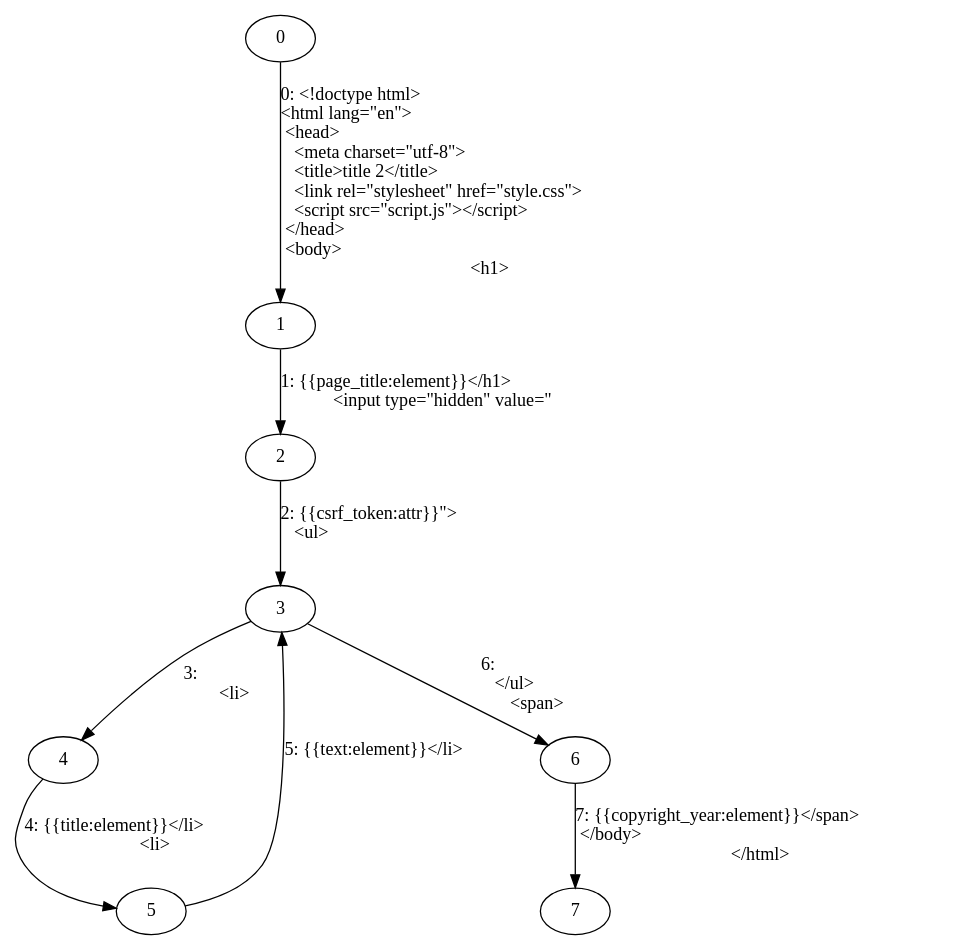
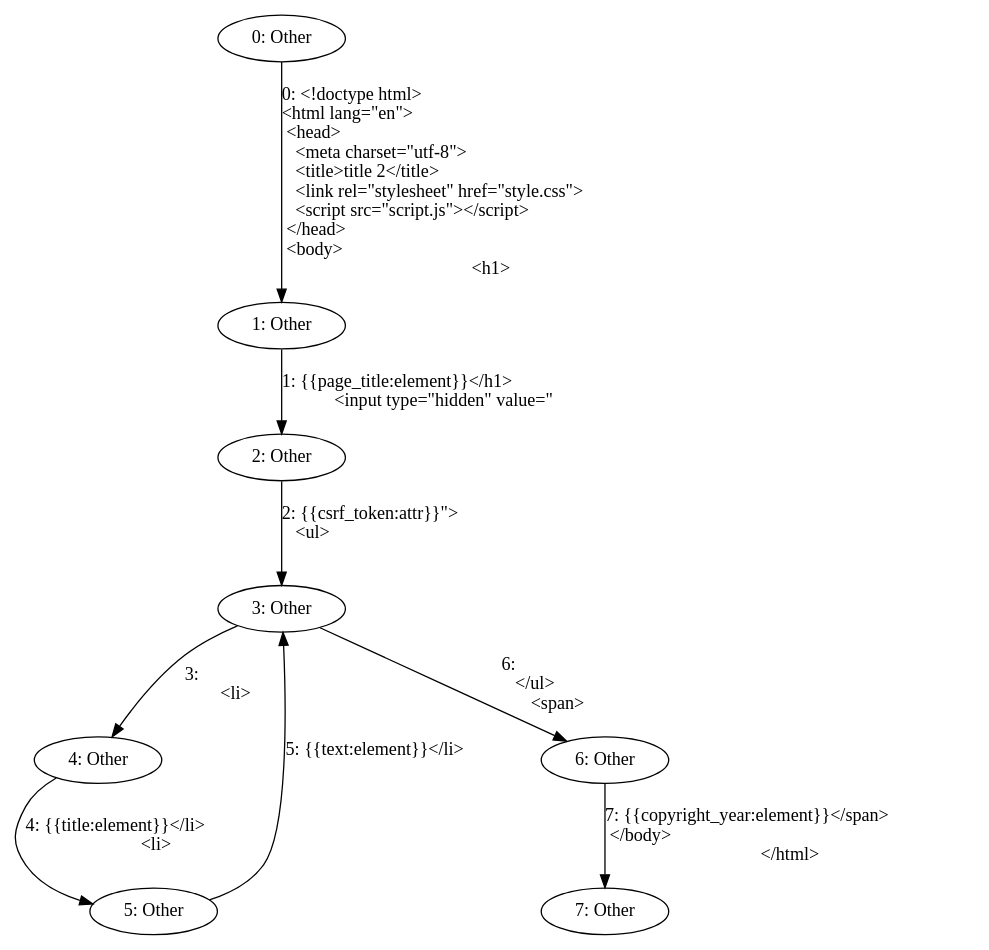
The diagram in test2.dot (mohe2015/zero-cost-templating), drawn with Graphviz before and after one commit. The commit also changed 42 other files, not shown here.

```diff
--- a/test2.dot
+++ b/test2.dot
@@ -1,18 +1,18 @@
 digraph {
-    0 [ label = "0" ]
-    1 [ label = "1" ]
-    2 [ label = "2" ]
-    3 [ label = "3" ]
-    4 [ label = "4" ]
-    5 [ label = "5" ]
-    6 [ label = "6" ]
-    7 [ label = "7" ]
+    0 [ label = "0: Other" ]
+    1 [ label = "1: Other" ]
+    2 [ label = "2: Other" ]
+    3 [ label = "3: Other" ]
+    4 [ label = "4: Other" ]
+    5 [ label = "5: Other" ]
+    6 [ label = "6: Other" ]
+    7 [ label = "7: Other" ]
     0 -> 1 [ label = "0: <!doctype html>\l<html lang=\"en\">\l  <head>\l    <meta charset=\"utf-8\">\l    <title>title 2</title>\l    <link rel=\"stylesheet\" href=\"style.css\">\l    <script src=\"script.js\"></script>\l  </head>\l  <body>\l    <h1>" ]
     1 -> 2 [ label = "1: {{page_title:element}}</h1>\l    <input type=\"hidden\" value=\"" ]
     2 -> 3 [ label = "2: {{csrf_token:attr}}\">\l    <ul>\l    " ]
     3 -> 4 [ label = "3: \l      <li>" ]
     4 -> 5 [ label = "4: {{title:element}}</li>\l      <li>" ]
     5 -> 3 [ label = "5: {{text:element}}</li>\l    " ]
     3 -> 6 [ label = "6: \l    </ul>\l    <span>" ]
     6 -> 7 [ label = "7: {{copyright_year:element}}</span>\l  </body>\l</html>" ]
 }
```
